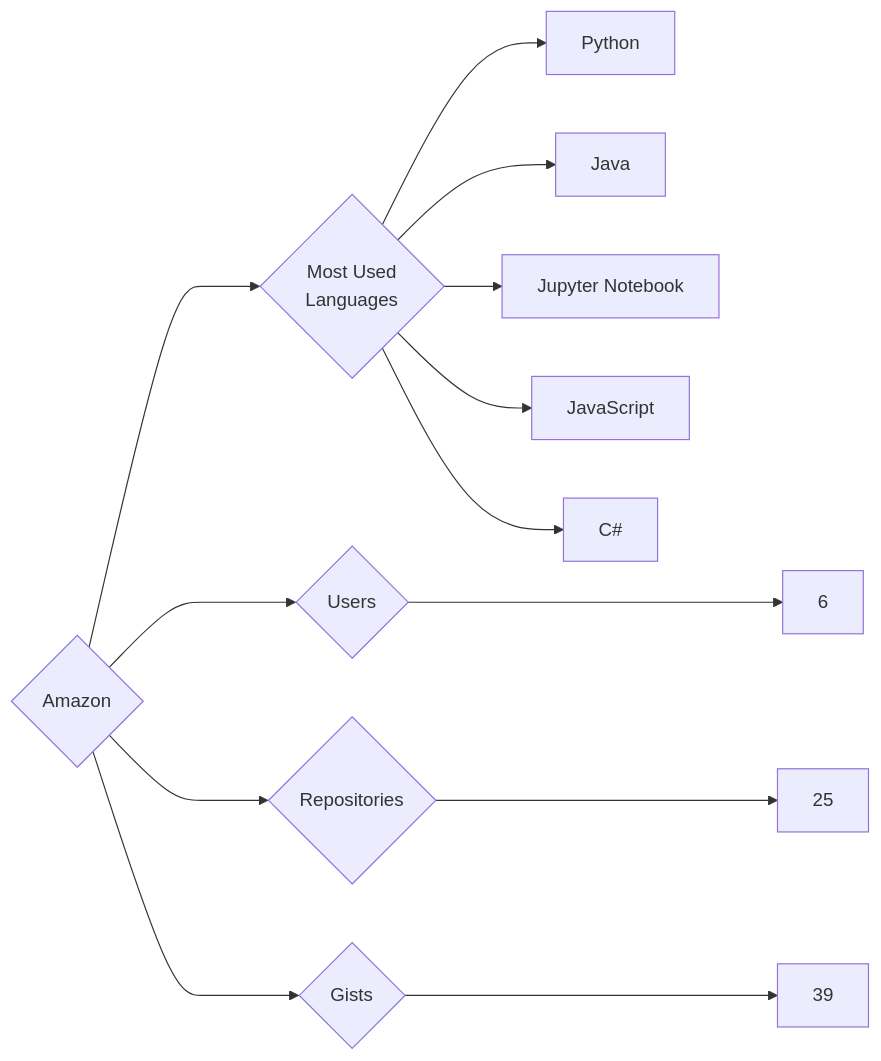
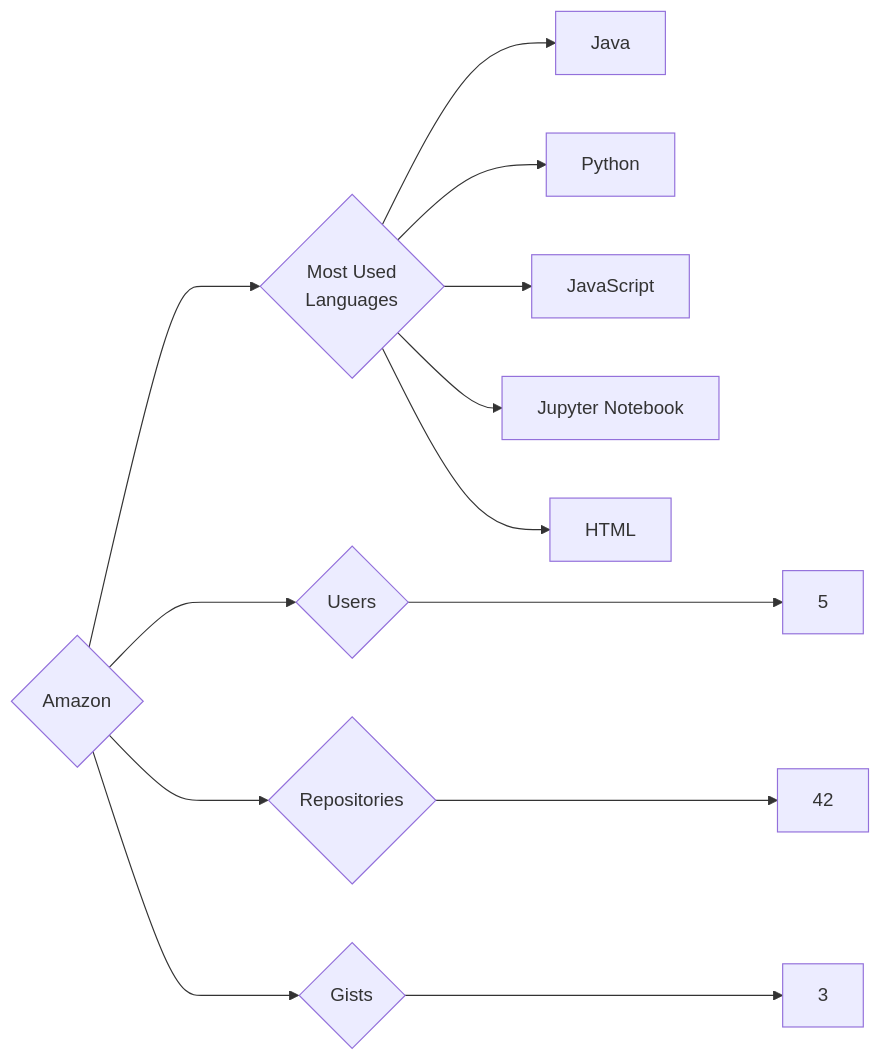
One commit to trickest/insiders changed the diagram in targets/Amazon/README.md. Above: the diagram before and after it, drawn with Mermaid. The commit also changed 1089 other files, not shown here.

````diff
--- a/targets/Amazon/README.md
+++ b/targets/Amazon/README.md
@@ -3,13 +3,13 @@
 ```mermaid
 graph LR
 COMPANY_NAME{Amazon}
-COMPANY_NAME ---> U{Users} ---> UN[6]
-COMPANY_NAME ---> R{Repositories} ---> RN[25]
-COMPANY_NAME ---> G{Gists} ---> GN[39]
+COMPANY_NAME ---> U{Users} ---> UN[5]
+COMPANY_NAME ---> R{Repositories} ---> RN[42]
+COMPANY_NAME ---> G{Gists} ---> GN[3]
 COMPANY_NAME ---> ML{Most Used<br>Languages}
+ML --> Java[Java]
 ML --> Python[Python]
-ML --> Java[Java]
+ML --> JavaScript[JavaScript]
 ML --> Jupyter_Notebook[Jupyter Notebook]
-ML --> JavaScript[JavaScript]
-ML --> C#[C#]
+ML --> HTML[HTML]
 ```
````
